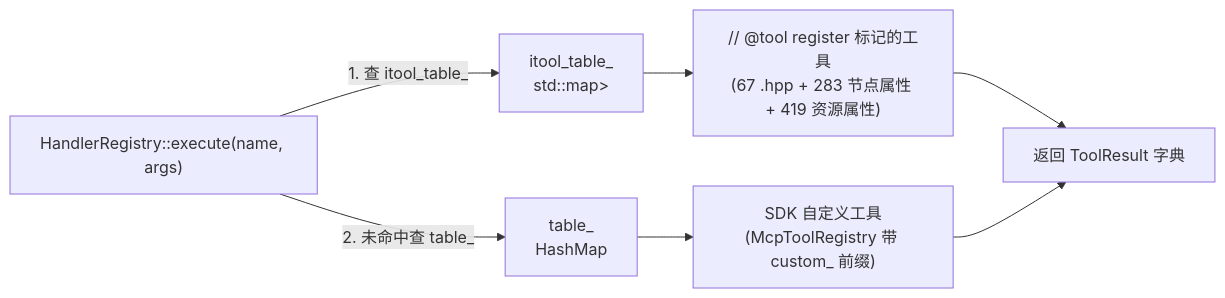
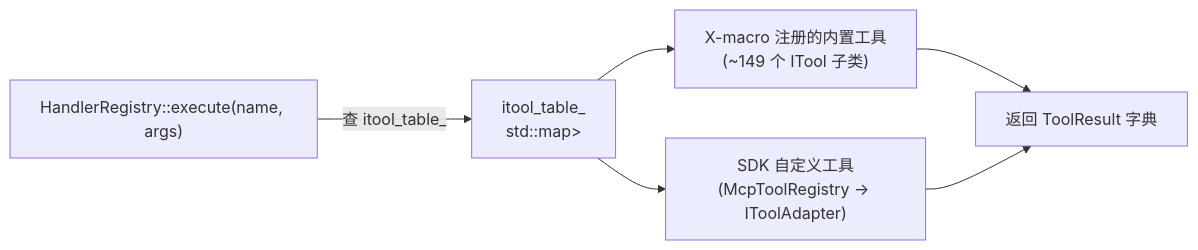
The second of 2 diagrams in .repo_wiki/modules/command-routing.md (jesspig/GodotMCP-GDExtension), drawn with Mermaid before and after one commit. The commit also changed other lines of this file and 33 other files, not shown here.

````diff
--- a/.repo_wiki/modules/command-routing.md
+++ b/.repo_wiki/modules/command-routing.md
@@ -34,15 +34,13 @@
 ```mermaid
 flowchart LR
     REG["HandlerRegistry::execute(name, args)"]
     ITBL["itool_table_<br/>std::map<String, unique_ptr<ITool>>"]
-    TBL["table_<br/>HashMap<String, CommandFn>"]
-    BUILTIN["// @tool register 标记的工具<br/>(67 .hpp + 283 节点属性 + 419 资源属性)"]
-    SDK["SDK 自定义工具<br/>(McpToolRegistry 带 custom_ 前缀)"]
+    BUILTIN["X-macro 注册的内置工具<br/>(~149 个 ITool 子类)"]
+    SDK["SDK 自定义工具<br/>(McpToolRegistry → IToolAdapter)"]
     RES["返回 ToolResult 字典"]
-    REG -->|"1. 查 itool_table_"| ITBL
-    REG -->|"2. 未命中查 table_"| TBL
+    REG -->|"查 itool_table_"| ITBL
     ITBL --> BUILTIN
-    TBL --> SDK
+    ITBL --> SDK
     BUILTIN --> RES
     SDK --> RES
 ```
````
